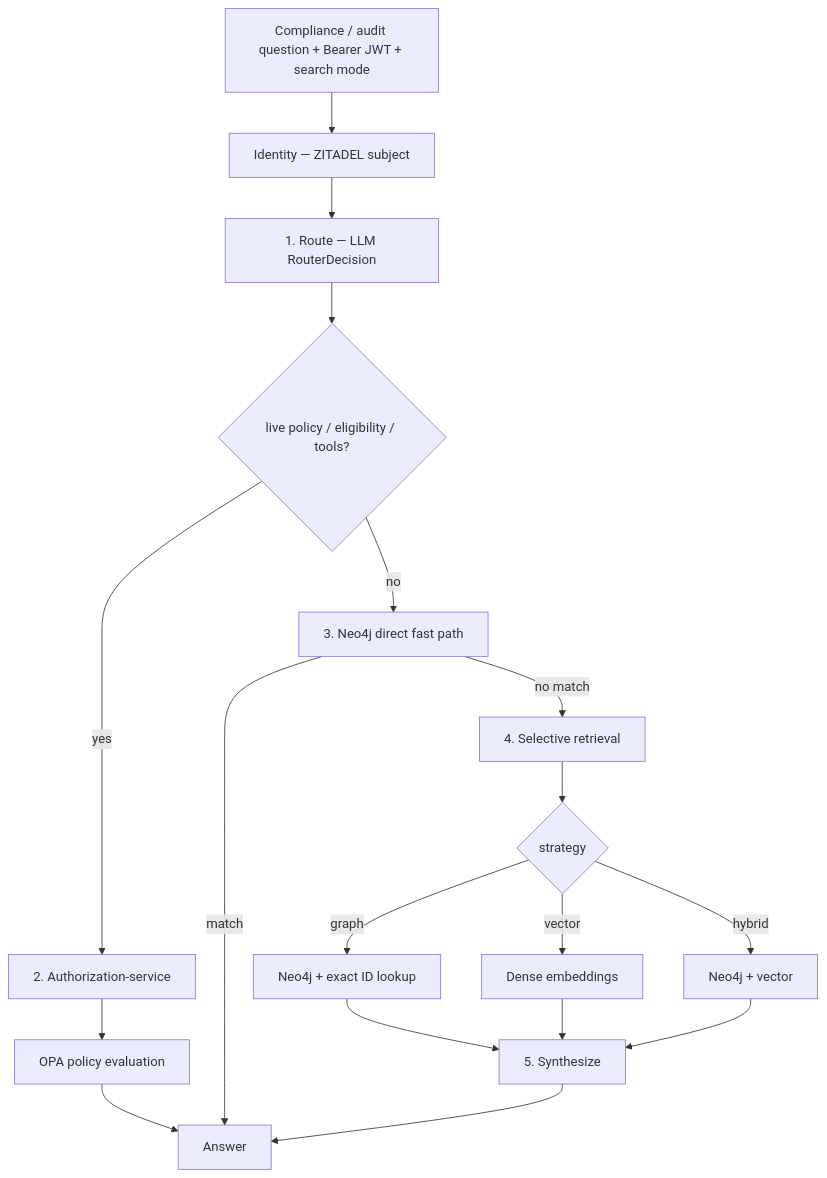
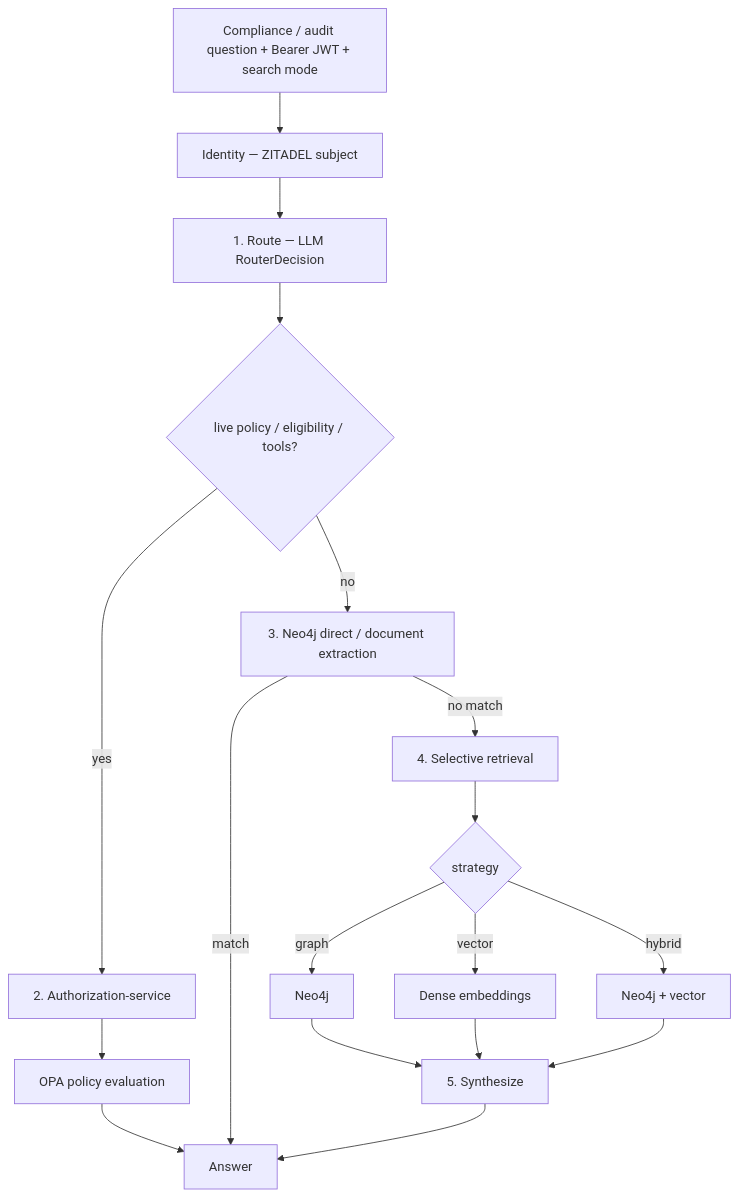
The first of 2 diagrams in docs/intent-determination.md (sanjuthomas/policy-pilot), drawn with Mermaid before and after one commit. The commit also changed other lines of this file and 27 other files, not shown here.

````diff
--- a/docs/intent-determination.md
+++ b/docs/intent-determination.md
@@ -51,20 +50,20 @@
 ```mermaid
 flowchart TD
     Q["Compliance / audit question + Bearer JWT + search mode"] --> ID[Identity — ZITADEL subject]
     ID --> R[1. Route — LLM RouterDecision]
     R --> E{live policy / eligibility / tools?}
     E -->|yes| AZ[2. Authorization-service]
     AZ --> OPA[OPA policy evaluation]
     OPA --> A[Answer]
-    E -->|no| D[3. Neo4j direct fast path]
+    E -->|no| D[3. Neo4j direct / document extraction]
     D -->|match| A
     D -->|no match| RET[4. Selective retrieval]
     RET --> G{strategy}
-    G -->|graph| N[Neo4j + exact ID lookup]
+    G -->|graph| N[Neo4j]
     G -->|vector| V[Dense embeddings]
     G -->|hybrid| H[Neo4j + vector]
     N --> S[5. Synthesize]
     V --> S
     H --> S
     S --> A
 ```
````
